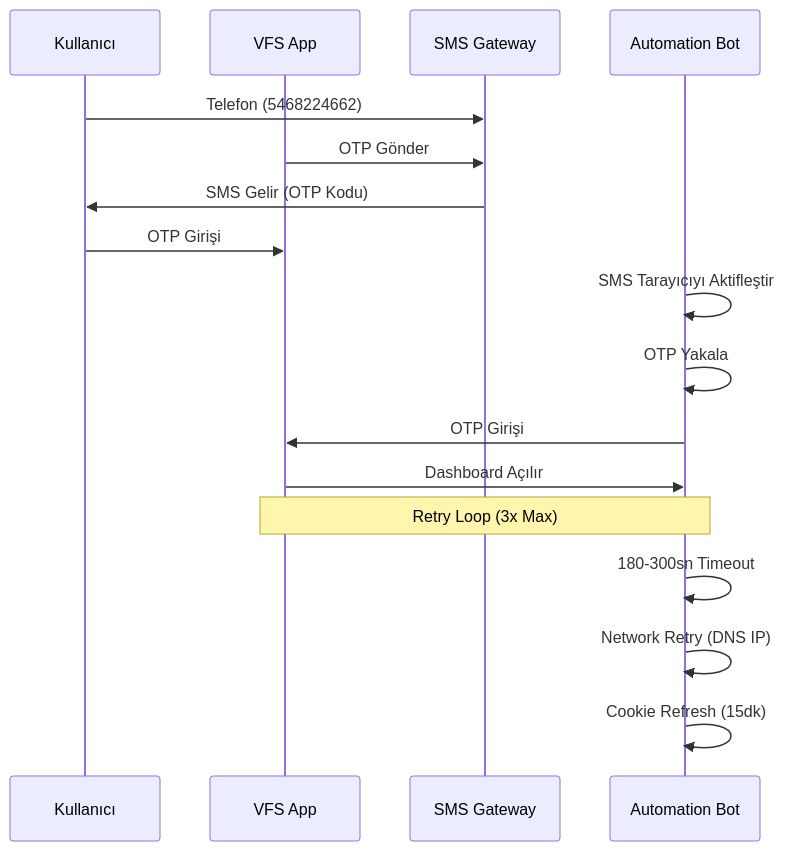
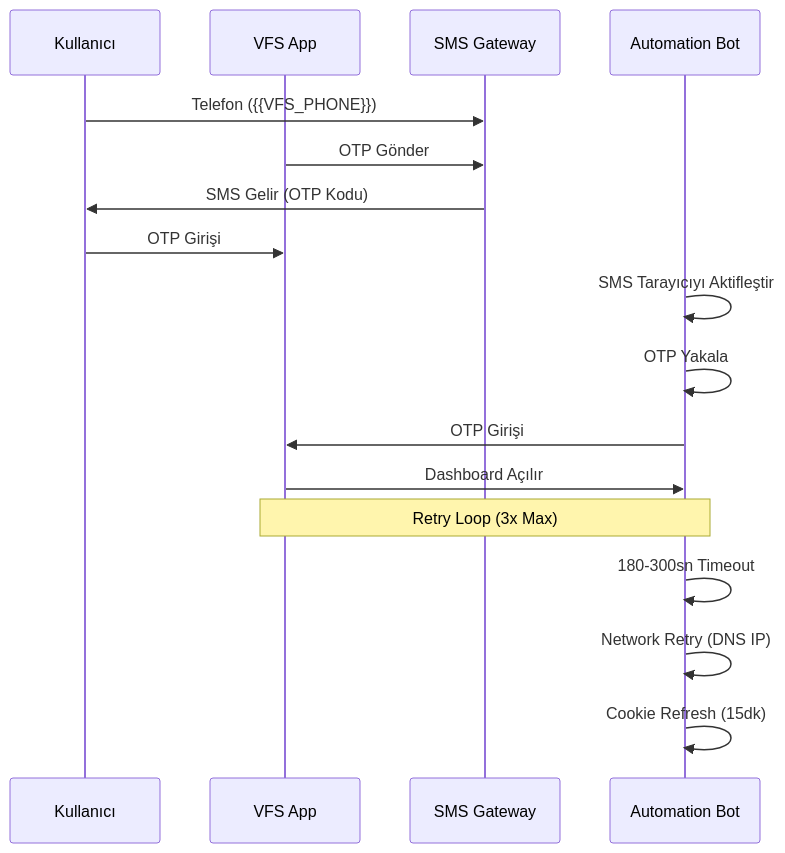
One commit to kodabi-ai/vfs-bot changed the third of 3 diagrams in .a0proj/knowledge/vfs-automation-v83-v89.md. Above: the diagram before and after it, drawn with Mermaid. The commit also changed other lines of this file and 62 other files, not shown here.

````diff
--- a/.a0proj/knowledge/vfs-automation-v83-v89.md
+++ b/.a0proj/knowledge/vfs-automation-v83-v89.md
@@ -80,21 +80,21 @@
 ```mermaid
 sequenceDiagram
     participant User as Kullanıcı
     participant App as VFS App
     participant SMS as SMS Gateway
     participant Bot as Automation Bot
     
-    User->>SMS: Telefon (5468224662)
+    User->>SMS: Telefon ({{VFS_PHONE}})
     App->>SMS: OTP Gönder
     SMS->>User: SMS Gelir (OTP Kodu)
     User->>App: OTP Girişi
     Bot->>Bot: SMS Tarayıcıyı Aktifleştir
     Bot->>Bot: OTP Yakala
     Bot->>App: OTP Girişi
     App->>Bot: Dashboard Açılır
     
     Note over Bot,App: Retry Loop (3x Max)
     Bot->>Bot: 180-300sn Timeout
     Bot->>Bot: Network Retry (DNS IP)
     Bot->>Bot: Cookie Refresh (15dk)
 ```
````
